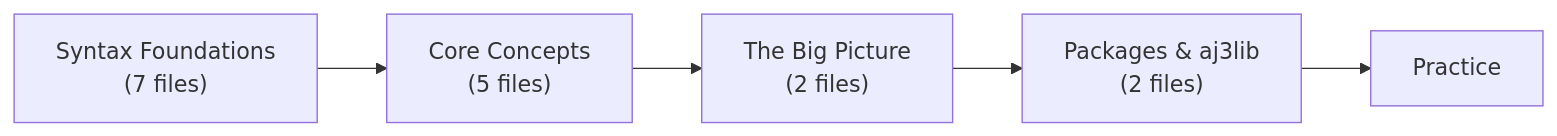
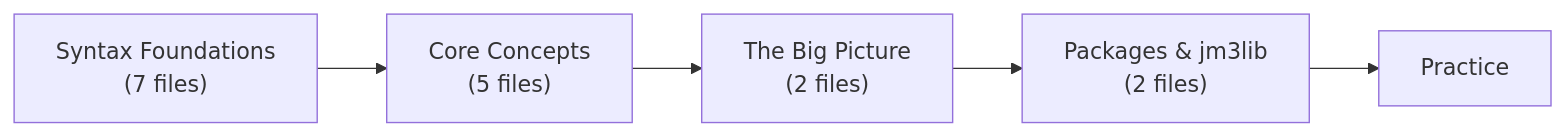
Before and after one commit to hasan-alj88/Polyglot: the diagram in docs/user/SPEC-INDEX.md, drawn with Mermaid. The commit also changed other lines of this file and 1060 other files, not shown here.

````diff
--- a/docs/user/SPEC-INDEX.md
+++ b/docs/user/SPEC-INDEX.md
@@ -15,10 +15,10 @@
 ```mermaid
 flowchart LR
     P1["Syntax Foundations\n(7 files)"]
     P2["Core Concepts\n(5 files)"]
     P3["The Big Picture\n(2 files)"]
-    P4["Packages & aj3lib\n(2 files)"]
+    P4["Packages & jm3lib\n(2 files)"]
     P5["Practice"]
 
     P1 --> P2 --> P3 --> P4 --> P5
 ```
````
